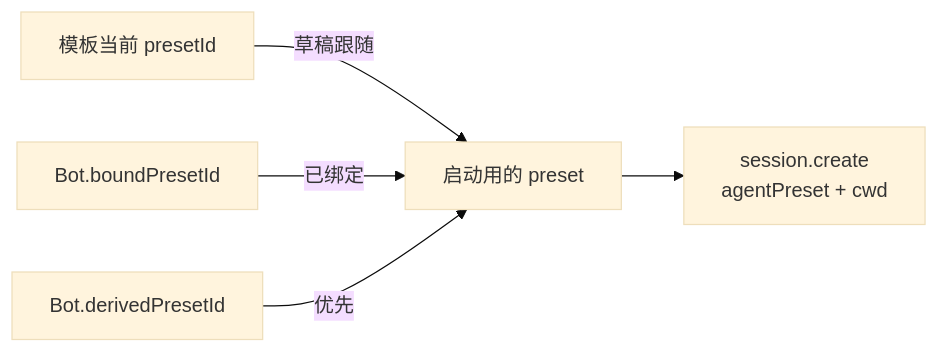
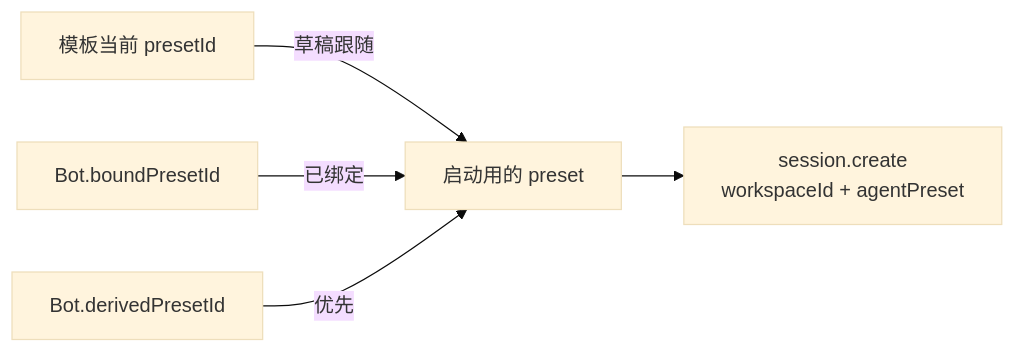
One commit to aningdev/MyAid changed the third of 6 diagrams in docs/BOT_SESSION_MAP.md. Above: the diagram before and after it, drawn with Mermaid (base theme). The commit also changed other lines of this file and 71 other files, not shown here.

````diff
--- a/docs/BOT_SESSION_MAP.md
+++ b/docs/BOT_SESSION_MAP.md
@@ -74,11 +78,11 @@
 ```mermaid
 flowchart LR
   tmpl["模板当前 presetId"]
   bound["Bot.boundPresetId"]
   derived["Bot.derivedPresetId"]
   resolve["启动用的 preset"]
   tmpl -->|"草稿跟随"| resolve
   bound -->|"已绑定"| resolve
   derived -->|"优先"| resolve
-  resolve --> create["session.create<br/>agentPreset + cwd"]
+  resolve --> create["session.create<br/>workspaceId + agentPreset"]
 ```
````
